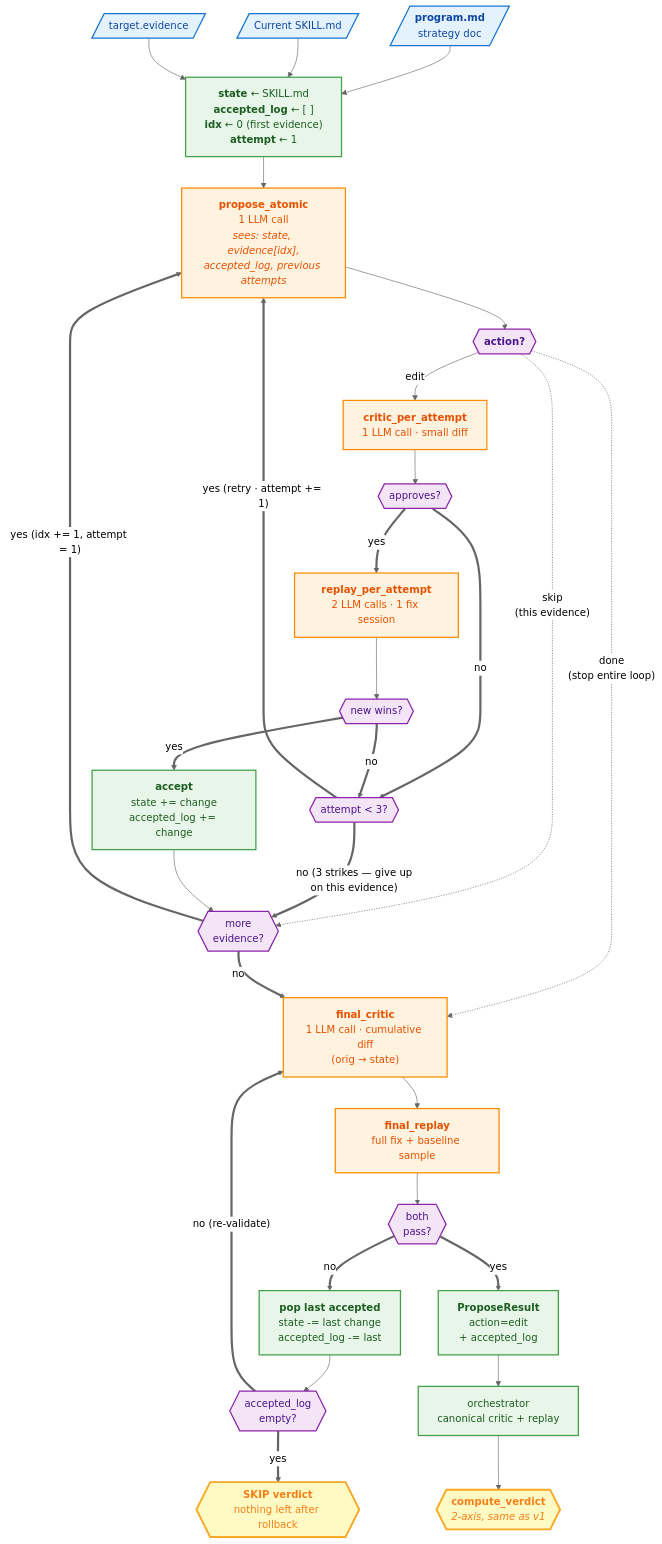
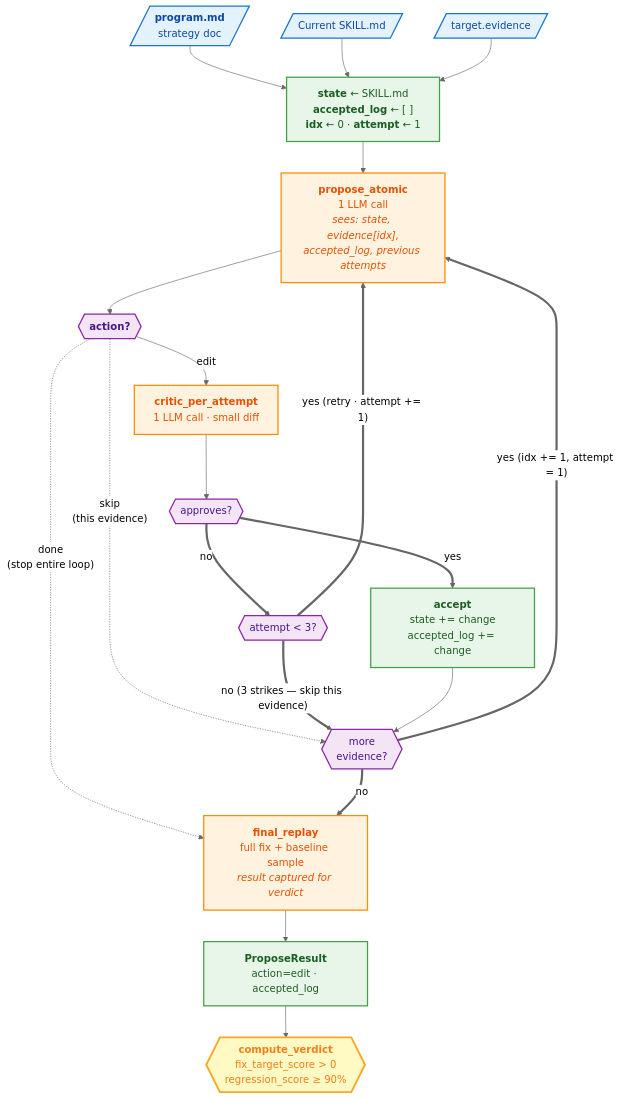
The diagram in src/strategies/v2/docs.md (yilgara/agent-autoresearch), drawn with Mermaid (neutral theme) before and after one commit. The commit also changed other lines of this file and 2 other files, not shown here.

````diff
--- a/src/strategies/v2/docs.md
+++ b/src/strategies/v2/docs.md
@@ -35,75 +31,48 @@
 ```mermaid
 flowchart TB
-    %% ── Inputs ──
     PROG[/"<b>program.md</b><br/>strategy doc"/]:::io
     SK[/"Current SKILL.md"/]:::io
     EV[/"target.evidence"/]:::io
 
-    %% ── Initial state ──
-    INIT["<b>state</b> ← SKILL.md<br/><b>accepted_log</b> ← [ ]<br/><b>idx</b> ← 0 (first evidence)<br/><b>attempt</b> ← 1"]:::nollm
+    INIT["<b>state</b> ← SKILL.md<br/><b>accepted_log</b> ← [ ]<br/><b>idx</b> ← 0 · <b>attempt</b> ← 1"]:::nollm
     PROG --> INIT
     SK --> INIT
     EV --> INIT
 
-    %% ── Atomic propose call (one per attempt) ──
     P1["<b>propose_atomic</b><br/>1 LLM call<br/><i>sees: state, evidence[idx],<br/>accepted_log, previous attempts</i>"]:::llm
     INIT --> P1
 
-    %% ── Action gate ──
     ACT{{"<b>action?</b>"}}:::decision
     P1 --> ACT
 
-    %% three branches: edit | skip | done
     ACT -- "edit" --> CR
     ACT -. "skip<br/>(this evidence)" .-> NEXT
-    ACT -. "done<br/>(stop entire loop)" .-> FC
+    ACT -. "done<br/>(stop entire loop)" .-> FR
 
-    %% ── Per-attempt validation (edit path only) ──
     CR["<b>critic_per_attempt</b><br/>1 LLM call · small diff"]:::llm
     CR --> CRDEC{{"approves?"}}:::decision
-    CRDEC == "yes" ==> RP
+    CRDEC == "yes" ==> ACCEPT
     CRDEC == "no" ==> RETRY
 
-    RP["<b>replay_per_attempt</b><br/>2 LLM calls · 1 fix session"]:::llm
-    RP --> RPDEC{{"new wins?"}}:::decision
-    RPDEC == "yes" ==> ACCEPT
-    RPDEC == "no" ==> RETRY
-
-    %% ── Retry budget ──
     RETRY{{"attempt &lt; 3?"}}:::decision
     RETRY == "yes (retry · attempt += 1)" ==> P1
-    RETRY == "no (3 strikes — give up<br/>on this evidence)" ==> NEXT
+    RETRY == "no (3 strikes — skip this evidence)" ==> NEXT
 
-    %% ── Accept this evidence's change, then next ──
     ACCEPT["<b>accept</b><br/>state += change<br/>accepted_log += change"]:::nollm
     ACCEPT --> NEXT
 
-    %% ── Outer loop control ──
     NEXT{{"more<br/>evidence?"}}:::decision
     NEXT == "yes (idx += 1, attempt = 1)" ==> P1
-    NEXT == "no" ==> FC
+    NEXT == "no" ==> FR
 
-    %% ── Final combined validation ──
-    FC["<b>final_critic</b><br/>1 LLM call · cumulative diff<br/>(orig → state)"]:::llm
-    FC --> FR
-    FR["<b>final_replay</b><br/>full fix + baseline sample"]:::llm
-    FR --> OK{{"both<br/>pass?"}}:::decision
+    FR["<b>final_replay</b><br/>full fix + baseline sample<br/><i>result captured for verdict</i>"]:::llm
+    FR --> RESULT["<b>ProposeResult</b><br/>action=edit · accepted_log"]:::nollm
 
-    %% ── Recursive rollback ──
-    OK == "no" ==> POP["<b>pop last accepted</b><br/>state -= last change<br/>accepted_log -= last"]:::nollm
-    POP --> EMPTY{{"accepted_log<br/>empty?"}}:::decision
-    EMPTY == "no (re-validate)" ==> FC
-    EMPTY == "yes" ==> SKIPV{{"<b>SKIP verdict</b><br/>nothing left after rollback"}}:::verdict
+    RESULT --> V{{"<b>compute_verdict</b><br/>fix_target_score &gt; 0<br/>regression_score ≥ 90%"}}:::verdict
 
-    %% ── Success path ──
-    OK == "yes" ==> RESULT["<b>ProposeResult</b><br/>action=edit<br/>+ accepted_log"]:::nollm
-    RESULT --> ORCH["orchestrator<br/>canonical critic + replay"]:::nollm
-    ORCH --> V{{"<b>compute_verdict</b><br/><i>2-axis, same as v1</i>"}}:::verdict
-
-    %% ── Styling ──
     classDef nollm fill:#E8F5E9,stroke:#43A047,stroke-width:2px,color:#1B5E20
     classDef llm fill:#FFF3E0,stroke:#FB8C00,stroke-width:2px,color:#E65100
     classDef io fill:#E3F2FD,stroke:#1976D2,stroke-width:2px,color:#0D47A1
     classDef verdict fill:#FFF9C4,stroke:#F9A825,stroke-width:3px,color:#F57F17
     classDef decision fill:#F3E5F5,stroke:#8E24AA,stroke-width:2px,color:#4A148C
 ```
````
